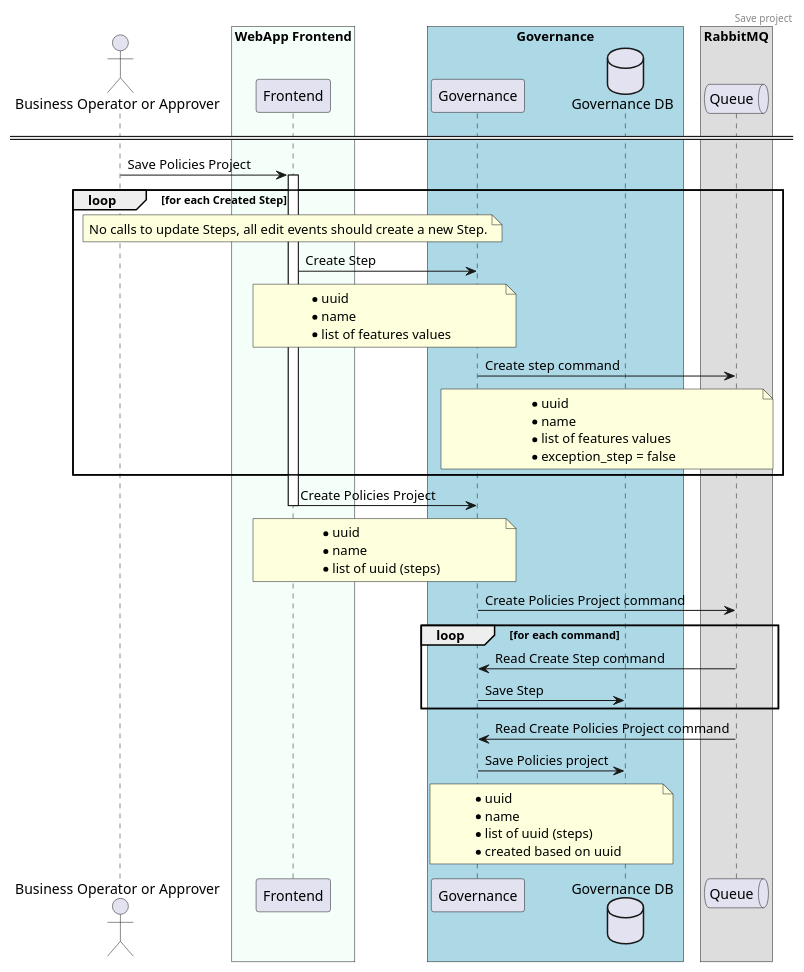
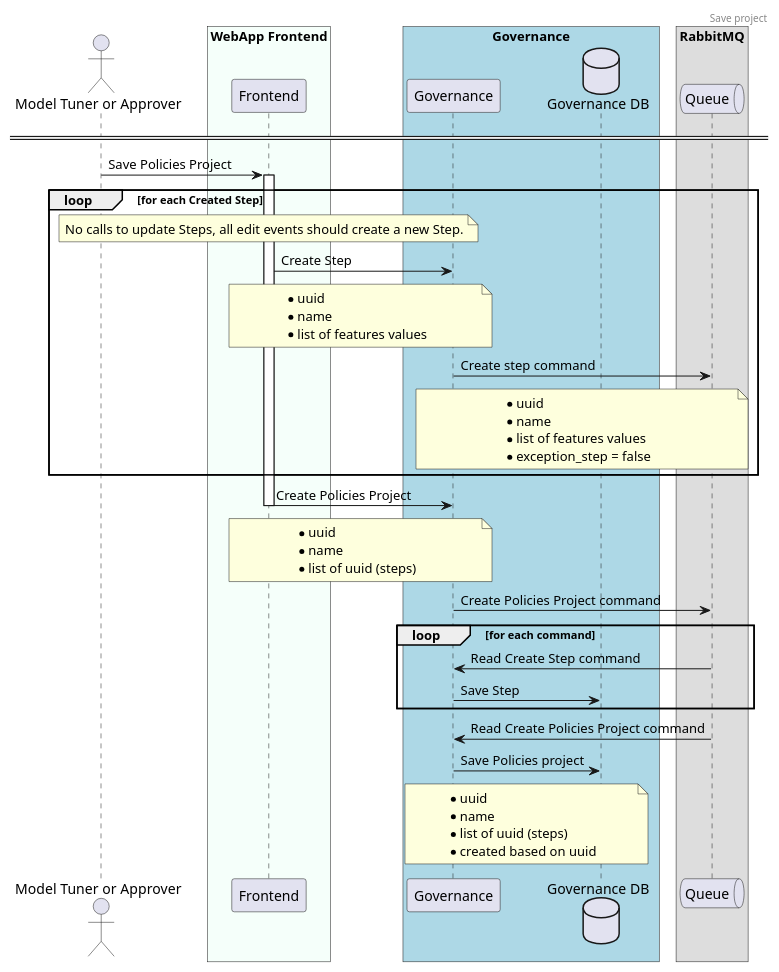
Before and after one commit to ngraczykowski/iris-root: the diagram in modules/webapp/sens-webapp-documentation/src/docs/asciidoc/hld/2020-11-21_crud-steps.adoc, drawn with PlantUML. The commit also changed 55 other files, not shown here.

```diff
--- a/modules/webapp/sens-webapp-documentation/src/docs/asciidoc/hld/2020-11-21_crud-steps.adoc
+++ b/modules/webapp/sens-webapp-documentation/src/docs/asciidoc/hld/2020-11-21_crud-steps.adoc
@@ -8,75 +8,75 @@
 [plantuml,bo-save-project,svg]
 -----
 @startuml
 header Save project
 
-actor "Business Operator or Approver" as BOA
+actor "Model Tuner or Approver" as BOA
 
 box "WebApp Frontend" #MintCream
     participant Frontend
 end box
 
 box "Governance" #LightBlue
     participant Backend as "Governance"
     database db as "Governance DB"
 end box
 
 box "RabbitMQ"
     queue Queue
 end box
 
 ====
 
 BOA -> Frontend : Save Policies Project
 
 activate Frontend
 
 loop for each Created Step
 note over Frontend
  No calls to update Steps, all edit events should create a new Step.
 end note
     Frontend -> Backend : Create Step
 
     note over Frontend, Backend
       * uuid
       * name
       * list of features values
     end note
 
     Backend -> Queue : Create step command
     note over Backend, Queue
       * uuid
       * name
       * list of features values
       * exception_step = false
     end note
 end loop
 
 Frontend -> Backend : Create Policies Project
 
 deactivate Frontend
 
 note over Frontend, Backend
  * uuid
  * name
  * list of uuid (steps)
 end note
 
 Backend -> Queue : Create Policies Project command
 
 loop for each command
     Queue -> Backend : Read Create Step command
     Backend -> db : Save Step
 end loop
 
 Queue -> Backend : Read Create Policies Project command
 Backend -> db : Save Policies project
 note over Backend, db
  * uuid
  * name
  * list of uuid (steps)
  * created based on uuid
 end note
 
 @enduml
 -----
```
